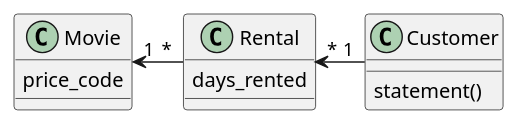
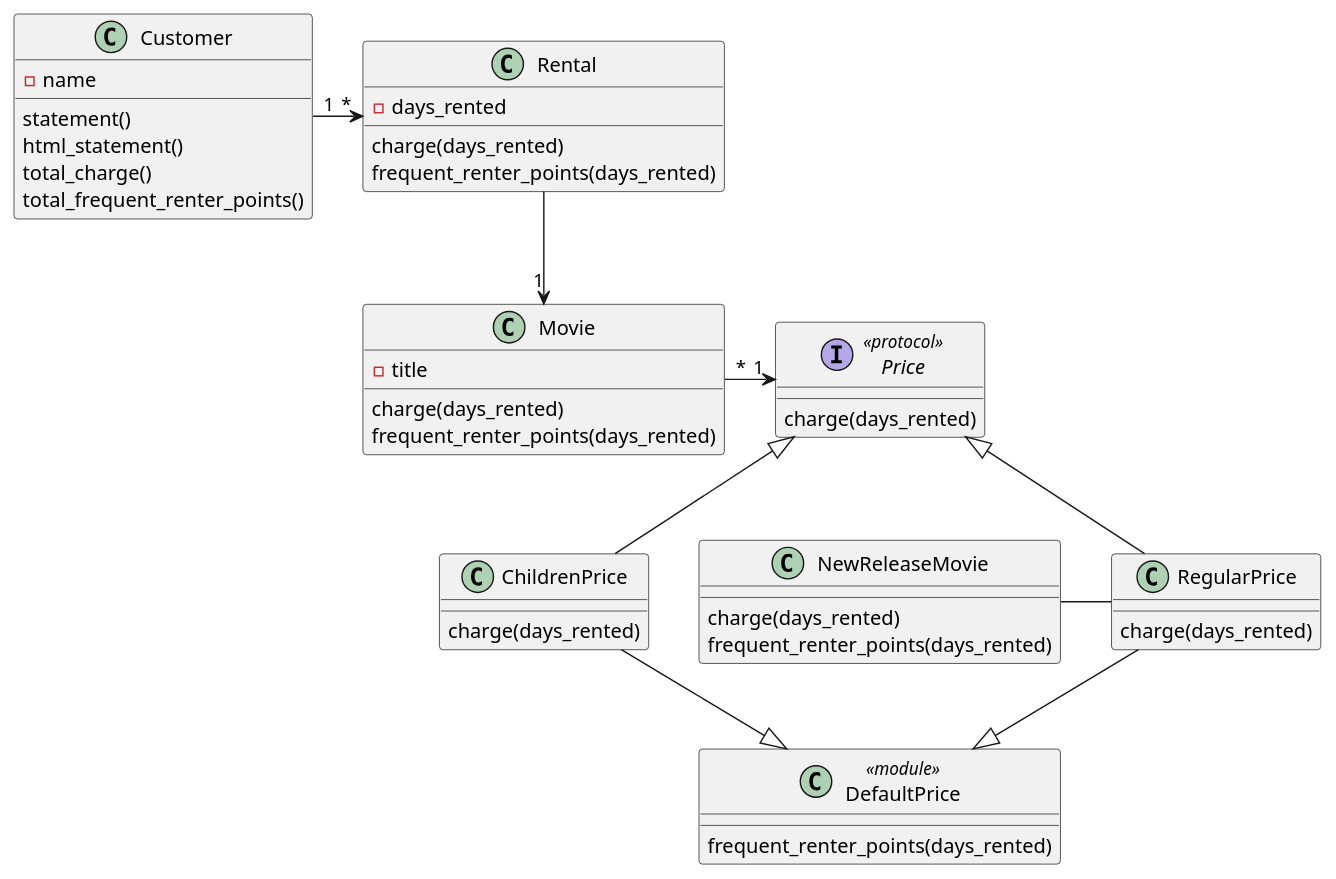
Before and after one commit to k2works/etude_op10_no10: the diagram in docs/dev/diagrams/video_rental/core_model.puml, drawn with PlantUML. The commit also changed 3 other files, not shown here.

```diff
--- a/docs/dev/diagrams/video_rental/core_model.puml
+++ b/docs/dev/diagrams/video_rental/core_model.puml
@@ -1,18 +1,54 @@
 @startuml
 
-Movie "1"<-"*" Rental
-Rental "*"<- "1"Customer
+Movie "1"<-u- Rental
+Rental "*"<-l- "1"Customer
+Movie "*"-r->"1"Price
+Price <|-d- ChildrenPrice
+Price <|-d- RegularPrice
+NewReleaseMovie -r- RegularPrice
+DefaultPrice <|-u- RegularPrice
+DefaultPrice <|-u- ChildrenPrice
 
 class Movie {
-price_code
+- title
+charge(days_rented)
+frequent_renter_points(days_rented)
 }
 
 class Rental {
-days_rented
+- days_rented
+charge(days_rented)
+frequent_renter_points(days_rented)
 }
 
 class Customer {
+- name
 statement()
+html_statement()
+total_charge()
+total_frequent_renter_points()
 }
 
+interface Price<<protocol>> {
+charge(days_rented)
+}
+
+class NewReleaseMovie {
+charge(days_rented)
+frequent_renter_points(days_rented)
+}
+
+class RegularPrice {
+charge(days_rented)
+}
+
+class ChildrenPrice {
+charge(days_rented)
+}
+
+class DefaultPrice<<module>> {
+frequent_renter_points(days_rented)
+}
+
+
 @enduml
```
